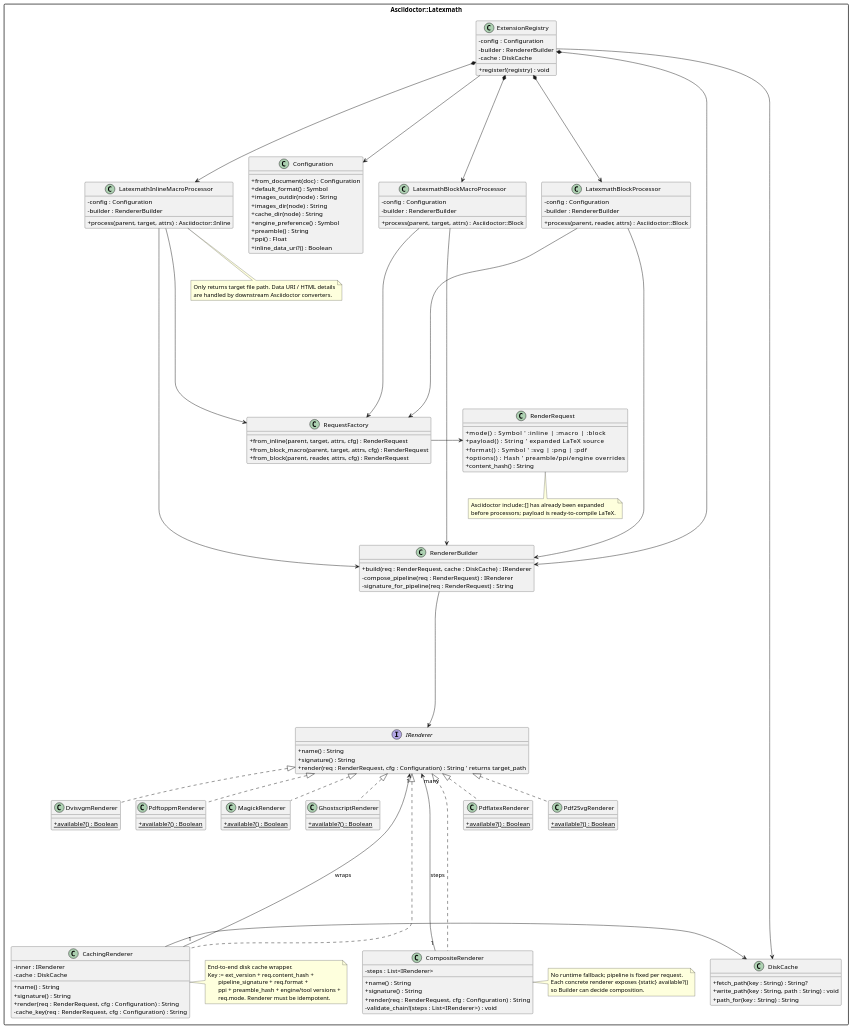
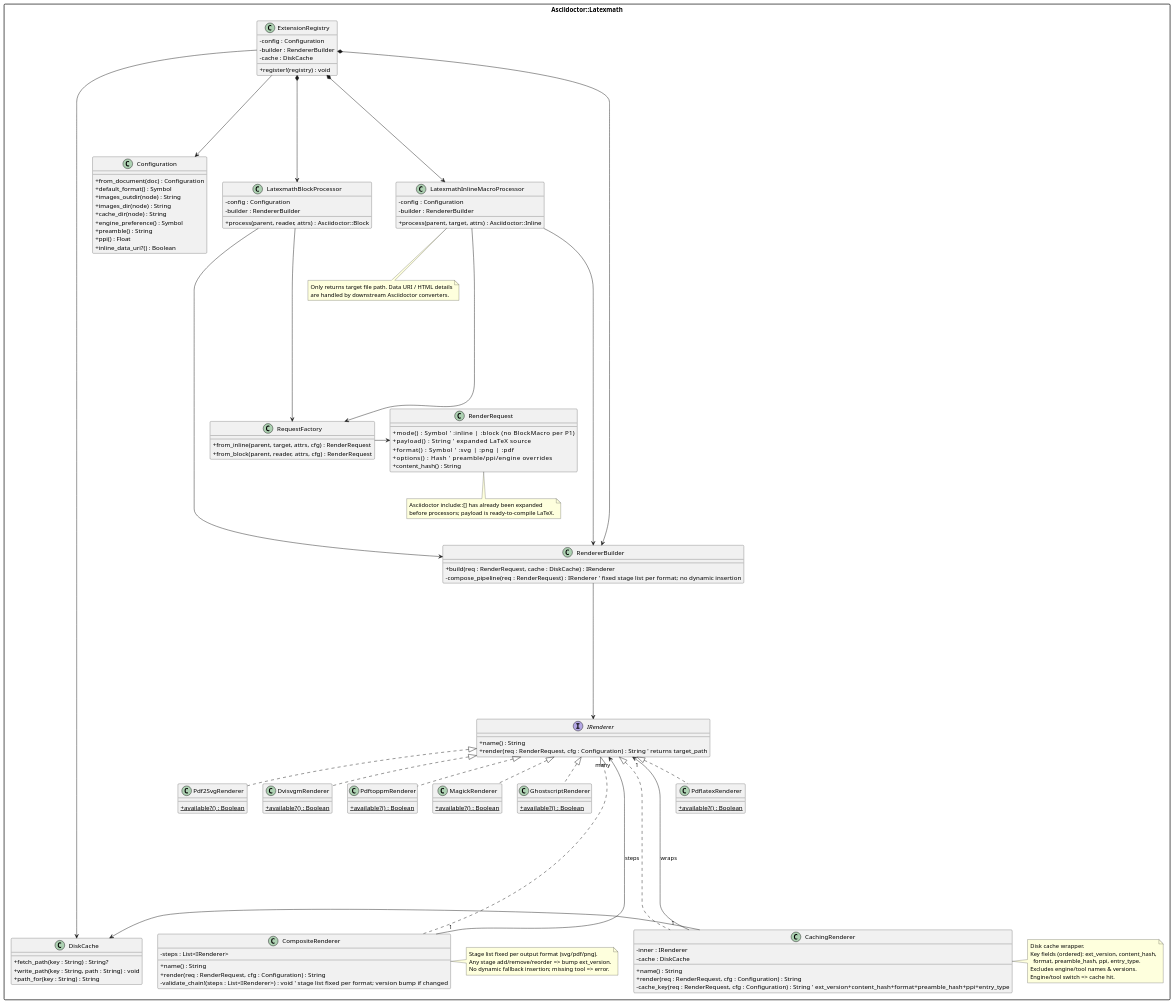
The diagram in class-digram-v2.plantuml (hcoona/asciidoctor-latexmath), drawn with PlantUML before and after one commit. The commit also changed 1 other file, not shown here.

Commit message:
docs: Fix DESIGN.md and class-diagram-v2.plantuml Accordingly

```diff
--- a/class-digram-v2.plantuml
+++ b/class-digram-v2.plantuml
@@ -1,191 +1,177 @@
 @startuml asciidoctor-latexmath Class Diagram (Top→Down Layout v2)
 skinparam packageStyle rectangle
 skinparam classAttributeIconSize 0
 top to bottom direction
 
 package "Asciidoctor::Latexmath" {
 
   ' ====== Layer 0: Entry ======
   class ExtensionRegistry {
     +register!(registry) : void
     -config : Configuration
     -builder : RendererBuilder
     -cache : DiskCache
   }
 
   ' ====== Layer 1: Wiring & Config ======
   class Configuration {
     +from_document(doc) : Configuration
     +default_format() : Symbol
     +images_outdir(node) : String
     +images_dir(node) : String
     +cache_dir(node) : String
     +engine_preference() : Symbol
     +preamble() : String
     +ppi() : Float
     +inline_data_uri?() : Boolean
   }
 
   class RendererBuilder {
     +build(req : RenderRequest, cache : DiskCache) : IRenderer
-    -compose_pipeline(req : RenderRequest) : IRenderer
-    -signature_for_pipeline(req : RenderRequest) : String
+    -compose_pipeline(req : RenderRequest) : IRenderer  ' fixed stage list per format; no dynamic insertion
   }
 
   class DiskCache {
     +fetch_path(key : String) : String?
     +write_path(key : String, path : String) : void
     +path_for(key : String) : String
   }
 
   ' ====== Layer 2: Processors ======
   class LatexmathInlineMacroProcessor {
     +process(parent, target, attrs) : Asciidoctor::Inline
     -config : Configuration
     -builder : RendererBuilder
   }
 
-  class LatexmathBlockMacroProcessor {
-    +process(parent, target, attrs) : Asciidoctor::Block
-    -config : Configuration
-    -builder : RendererBuilder
-  }
-
   class LatexmathBlockProcessor {
     +process(parent, reader, attrs) : Asciidoctor::Block
     -config : Configuration
     -builder : RendererBuilder
   }
 
   ' ====== Layer 3: Request ======
   class RequestFactory {
     +from_inline(parent, target, attrs, cfg) : RenderRequest
-    +from_block_macro(parent, target, attrs, cfg) : RenderRequest
     +from_block(parent, reader, attrs, cfg) : RenderRequest
   }
 
   class RenderRequest {
-    +mode() : Symbol            ' :inline | :macro | :block
+    +mode() : Symbol            ' :inline | :block (no BlockMacro per P1)
     +payload() : String         ' expanded LaTeX source
     +format() : Symbol          ' :svg | :png | :pdf
     +options() : Hash           ' preamble/ppi/engine overrides
     +content_hash() : String
   }
 
   ' ====== Layer 4: Renderer Abstractions ======
   interface IRenderer {
     +name() : String
-    +signature() : String
     +render(req : RenderRequest, cfg : Configuration) : String  ' returns target_path
   }
 
   class CompositeRenderer {
     +name() : String
-    +signature() : String
     +render(req : RenderRequest, cfg : Configuration) : String
     -steps : List<IRenderer>
-    -validate_chain!(steps : List<IRenderer>) : void
+    -validate_chain!(steps : List<IRenderer>) : void  ' stage list fixed per format; version bump if changed
   }
 
   class CachingRenderer {
     +name() : String
-    +signature() : String
     +render(req : RenderRequest, cfg : Configuration) : String
     -inner : IRenderer
     -cache : DiskCache
-    -cache_key(req : RenderRequest, cfg : Configuration) : String
+    -cache_key(req : RenderRequest, cfg : Configuration) : String  ' ext_version+content_hash+format+preamble_hash+ppi+entry_type
   }
 
   ' ====== Layer 5: Concrete Renderers ======
   class PdflatexRenderer {
     {static} +available?() : Boolean
   }
 
   class Pdf2SvgRenderer {
     {static} +available?() : Boolean
   }
 
   class DvisvgmRenderer {
     {static} +available?() : Boolean
   }
 
   class PdftoppmRenderer {
     {static} +available?() : Boolean
   }
 
   class MagickRenderer {
     {static} +available?() : Boolean
   }
 
   class GhostscriptRenderer {
     {static} +available?() : Boolean
   }
 
   ' ====== Hierarchy & Directional Layout ======
 
   ' Composition/ownership from top to lower layers
   ExtensionRegistry *----> RendererBuilder
   ExtensionRegistry *----> LatexmathInlineMacroProcessor
-  ExtensionRegistry *----> LatexmathBlockMacroProcessor
   ExtensionRegistry *----> LatexmathBlockProcessor
 
   ' Registry knows config & cache
   ExtensionRegistry ----> Configuration
   ExtensionRegistry ----> DiskCache
 
   ' Processors depend on Builder
   LatexmathInlineMacroProcessor ----down----> RendererBuilder
-  LatexmathBlockMacroProcessor ----down----> RendererBuilder
   LatexmathBlockProcessor ----down----> RendererBuilder
 
   ' Processors create requests
   LatexmathInlineMacroProcessor ---down---> RequestFactory
-  LatexmathBlockMacroProcessor ---down---> RequestFactory
   LatexmathBlockProcessor ---down---> RequestFactory
 
   RequestFactory ---right---> RenderRequest
 
   ' Builder produces a Renderer
   RendererBuilder ---down---> IRenderer
 
   ' Implementation relationships (interface above, classes below)
   IRenderer <|.. CompositeRenderer
   IRenderer <|.. CachingRenderer
   IRenderer <|.. PdflatexRenderer
   IRenderer <|.. Pdf2SvgRenderer
   IRenderer <|.. DvisvgmRenderer
   IRenderer <|.. PdftoppmRenderer
   IRenderer <|.. MagickRenderer
   IRenderer <|.. GhostscriptRenderer
 
   ' Renderer compositions/wrapping
   CompositeRenderer "1" ---up---> "many" IRenderer : steps
   CachingRenderer "1" ---up---> "1" IRenderer : wraps
   CachingRenderer ---right---> DiskCache
 
   ' ====== Notes ======
   note right of CompositeRenderer
-    No runtime fallback; pipeline is fixed per request.
-    Each concrete renderer exposes {static} available?()
-    so Builder can decide composition.
+    Stage list fixed per output format (svg/pdf/png).
+    Any stage add/remove/reorder => bump ext_version.
+    No dynamic fallback insertion; missing tool => error.
   end note
 
   note right of CachingRenderer
-    End-to-end disk cache wrapper.
-    Key := ext_version + req.content_hash +
-           pipeline_signature + req.format +
-           ppi + preamble_hash + engine/tool versions +
-           req.mode. Renderer must be idempotent.
+    Disk cache wrapper.
+    Key fields (ordered): ext_version, content_hash,
+      format, preamble_hash, ppi, entry_type.
+    Excludes engine/tool names & versions.
+    Engine/tool switch => cache hit.
   end note
 
   note bottom of RenderRequest
     Asciidoctor include::[] has already been expanded
     before processors; payload is ready-to-compile LaTeX.
   end note
 
   note bottom of LatexmathInlineMacroProcessor
     Only returns target file path. Data URI / HTML details
     are handled by downstream Asciidoctor converters.
   end note
 }
 @enduml
```
